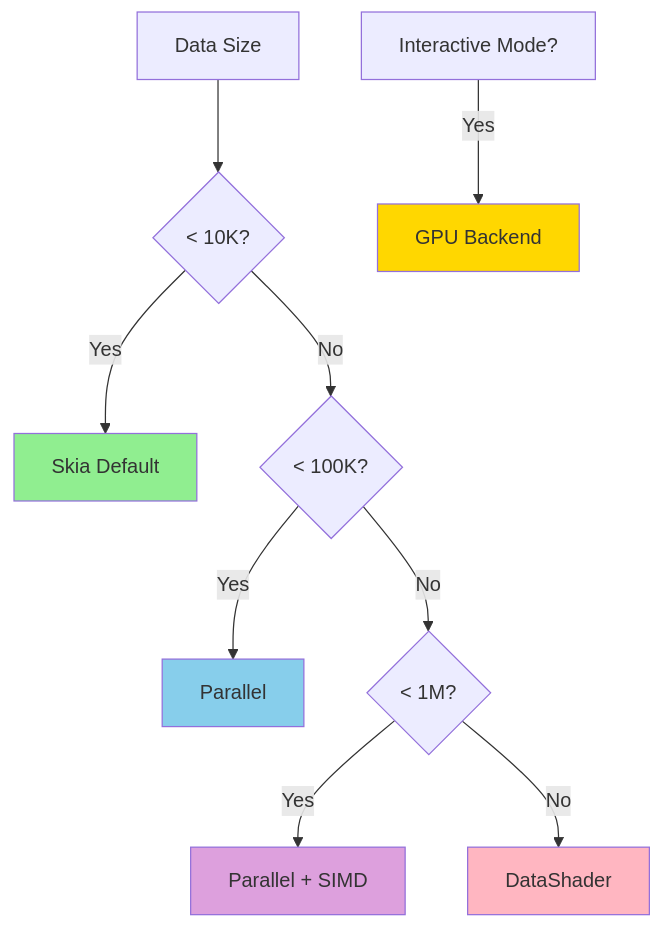
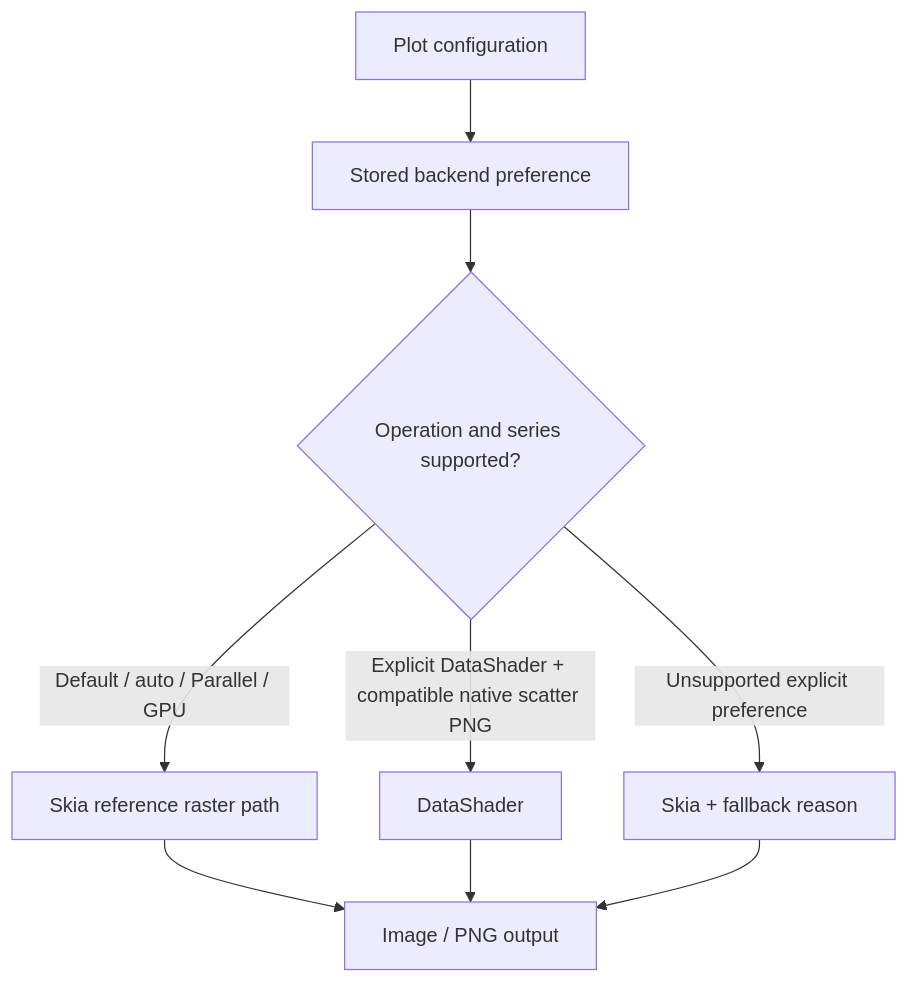
Before and after one commit to Ameyanagi/ruviz: the third of 7 diagrams in docs/ARCHITECTURE.md, drawn with Mermaid. The commit also changed other lines of this file and 80 other files, not shown here.

````diff
--- a/docs/ARCHITECTURE.md
+++ b/docs/ARCHITECTURE.md
@@ -127,18 +155,11 @@
 ```mermaid
 flowchart TD
-    A[Data Size] --> B{< 10K?}
-    B --> |Yes| C[Skia Default]
-    B --> |No| D{< 100K?}
-    D --> |Yes| E[Parallel]
-    D --> |No| F{< 1M?}
-    F --> |Yes| G[Parallel + SIMD]
-    F --> |No| H[DataShader]
-
-    I[Interactive Mode?] --> |Yes| J[GPU Backend]
-
-    style C fill:#90EE90
-    style E fill:#87CEEB
-    style G fill:#DDA0DD
-    style H fill:#FFB6C1
-    style J fill:#FFD700
+    A[Plot configuration] --> B[Stored backend preference]
+    B --> C{Operation and series supported?}
+    C --> |Default / auto / Parallel / GPU| D[Skia reference raster path]
+    C --> |Explicit DataShader + compatible native scatter PNG| E[DataShader]
+    C --> |Unsupported explicit preference| F[Skia + fallback reason]
+    D --> G[Image / PNG output]
+    E --> G
+    F --> G
 ```
````
